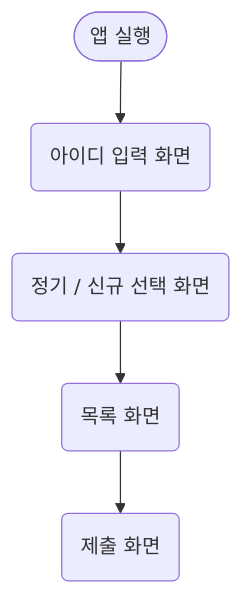
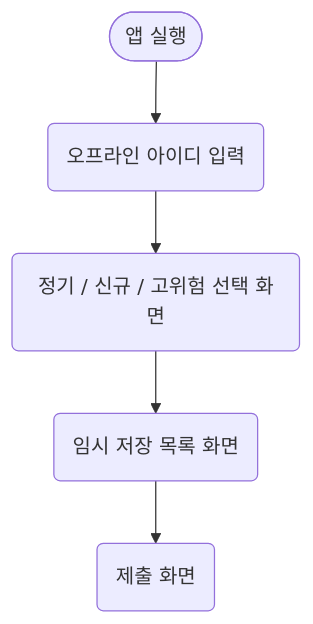
Before and after one commit to x2makeline/sisolab_flutter_biosafety: the diagram in diagram/flowchart.md, drawn with Mermaid. The commit also changed other lines of this file and 5 other files, not shown here.

````diff
--- a/diagram/flowchart.md
+++ b/diagram/flowchart.md
@@ -5,4 +5,7 @@
 ```mermaid
 flowchart TD
-    appRun([앱 실행]) --> enterID(아이디 입력 화면) --> selectFormType(정기 / 신규 선택 화면) --> selectedFormList(목록 화면) --> submit(제출 화면)
+    a([앱 실행]) --> b(오프라인 아이디 입력)
+    b --> c(정기 / 신규 / 고위험 선택 화면)
+    c --> d(임시 저장 목록 화면)
+    d --> e(제출 화면)
 ```
````
